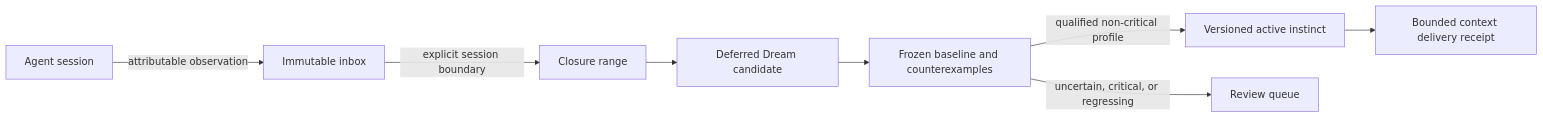
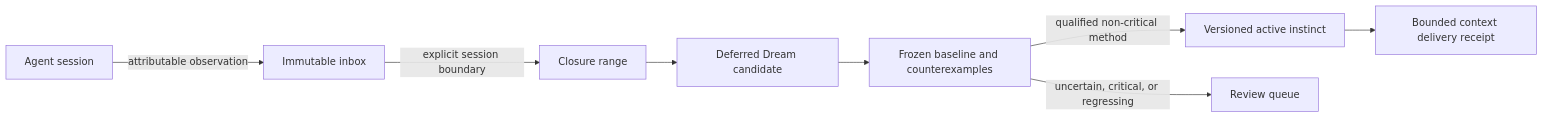
The diagram in docs/shared-instincts.md (jeremienunez/pulse), drawn with Mermaid before and after one commit. The commit also changed other lines of this file and 31 other files, not shown here.

````diff
--- a/docs/shared-instincts.md
+++ b/docs/shared-instincts.md
@@ -25,10 +25,10 @@
 ```mermaid
 flowchart LR
   A[Agent session] -->|attributable observation| B[Immutable inbox]
   B -->|explicit session boundary| C[Closure range]
   C --> D[Deferred Dream candidate]
   D --> E[Frozen baseline and counterexamples]
-  E -->|qualified non-critical profile| F[Versioned active instinct]
+  E -->|qualified non-critical method| F[Versioned active instinct]
   E -->|uncertain, critical, or regressing| G[Review queue]
   F --> H[Bounded context delivery receipt]
 ```
````
